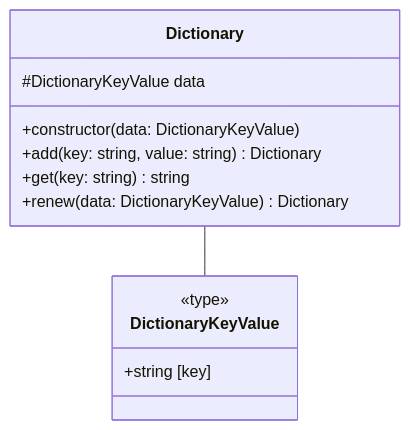
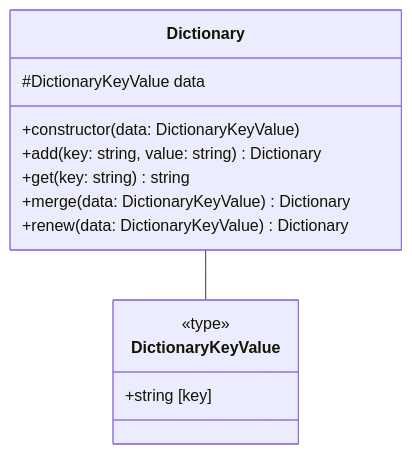
One commit to tomsdoo/selenium-pages changed the diagram in docs/md/selen/dictionary.md. Above: the diagram before and after it, drawn with Mermaid. The commit also changed other lines of this file and 5 other files, not shown here.

First line of the commit message:
Dictionary class instance method merge() is added (#59)

````diff
--- a/docs/md/selen/dictionary.md
+++ b/docs/md/selen/dictionary.md
@@ -6,18 +6,19 @@
 ``` mermaid
 classDiagram
 
 class Dictionary {
   #DictionaryKeyValue data
   +constructor(data: DictionaryKeyValue)
   +add(key: string, value: string) Dictionary
   +get(key: string) string
+  +merge(data: DictionaryKeyValue) Dictionary
   +renew(data: DictionaryKeyValue) Dictionary
 }
 
 class DictionaryKeyValue {
   +string [key]
 }
 
 Dictionary -- DictionaryKeyValue
 <<type>> DictionaryKeyValue
 ```
````
